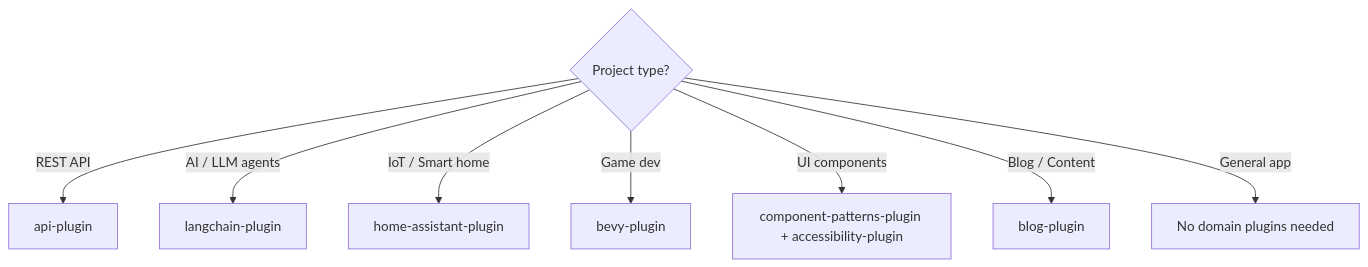
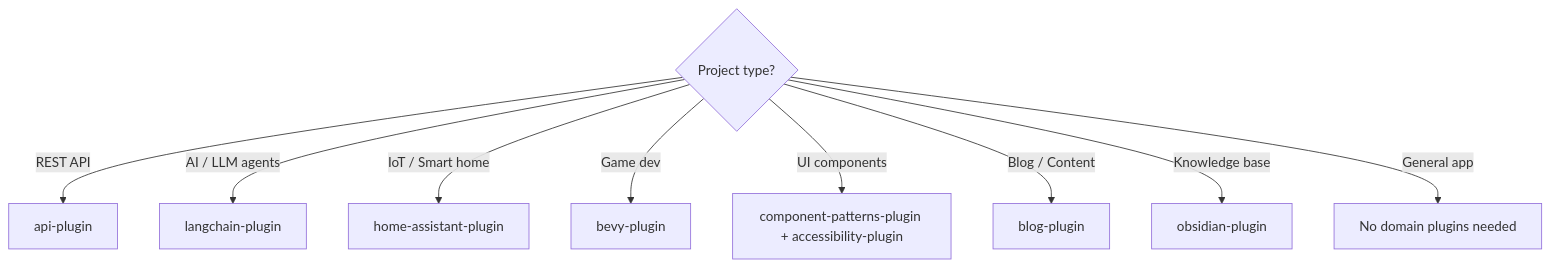
Before and after one commit to laurigates/claude-plugins: the third of 3 diagrams in docs/PLUGIN-MAP.md, drawn with Mermaid. The commit also changed other lines of this file and 11 other files, not shown here.

First line of the commit message:
feat(obsidian-plugin): add Obsidian CLI plugin with 6 skills

````diff
--- a/docs/PLUGIN-MAP.md
+++ b/docs/PLUGIN-MAP.md
@@ -92,11 +92,12 @@
 ```mermaid
 flowchart TD
     A{Project type?}
     A -->|REST API| B[api-plugin]
     A -->|AI / LLM agents| C[langchain-plugin]
     A -->|IoT / Smart home| D[home-assistant-plugin]
     A -->|Game dev| E[bevy-plugin]
     A -->|UI components| F[component-patterns-plugin + accessibility-plugin]
     A -->|Blog / Content| G[blog-plugin]
+    A -->|Knowledge base| I[obsidian-plugin]
     A -->|General app| H[No domain plugins needed]
 ```
````
